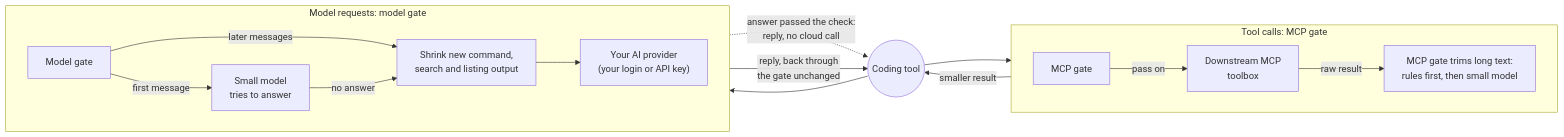
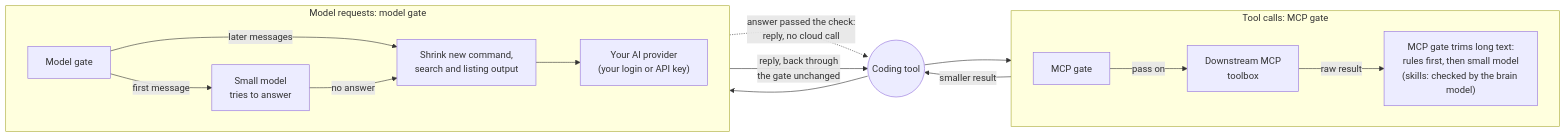
One commit to zenithfoundry/slm-gate changed the first of 5 diagrams in README.md. Above: the diagram before and after it, drawn with Mermaid. The commit also changed other lines of this file and 52 other files, not shown here.

````diff
--- a/README.md
+++ b/README.md
@@ -100,24 +100,24 @@
 ```mermaid
 flowchart LR
   tool(("Coding tool"))
 
   subgraph mcpRow["Tool calls: MCP gate"]
     direction LR
     mcp["MCP gate"] -->|"pass on"| toolbox["Downstream MCP<br/>toolbox"]
-    toolbox -->|"raw result"| trim["MCP gate trims long text:<br/>rules first, then small model"]
+    toolbox -->|"raw result"| trim["MCP gate trims long text:<br/>rules first, then small model<br/>(skills: checked by the brain model)"]
   end
 
   subgraph llmRow["Model requests: model gate"]
     direction LR
     llm["Model gate"] -->|"first message"| answer["Small model<br/>tries to answer"]
     llm -->|"later messages"| shrink["Shrink new command,<br/>search and listing output"]
     answer -->|"no answer"| shrink
     shrink --> cloud["Your AI provider<br/>(your login or API key)"]
   end
 
   tool --> mcp
   trim -->|"smaller result"| tool
   tool --> llm
   answer -.->|"answer passed the check:<br/>reply, no cloud call"| tool
   cloud -->|"reply, back through<br/>the gate unchanged"| tool
 ```
````
